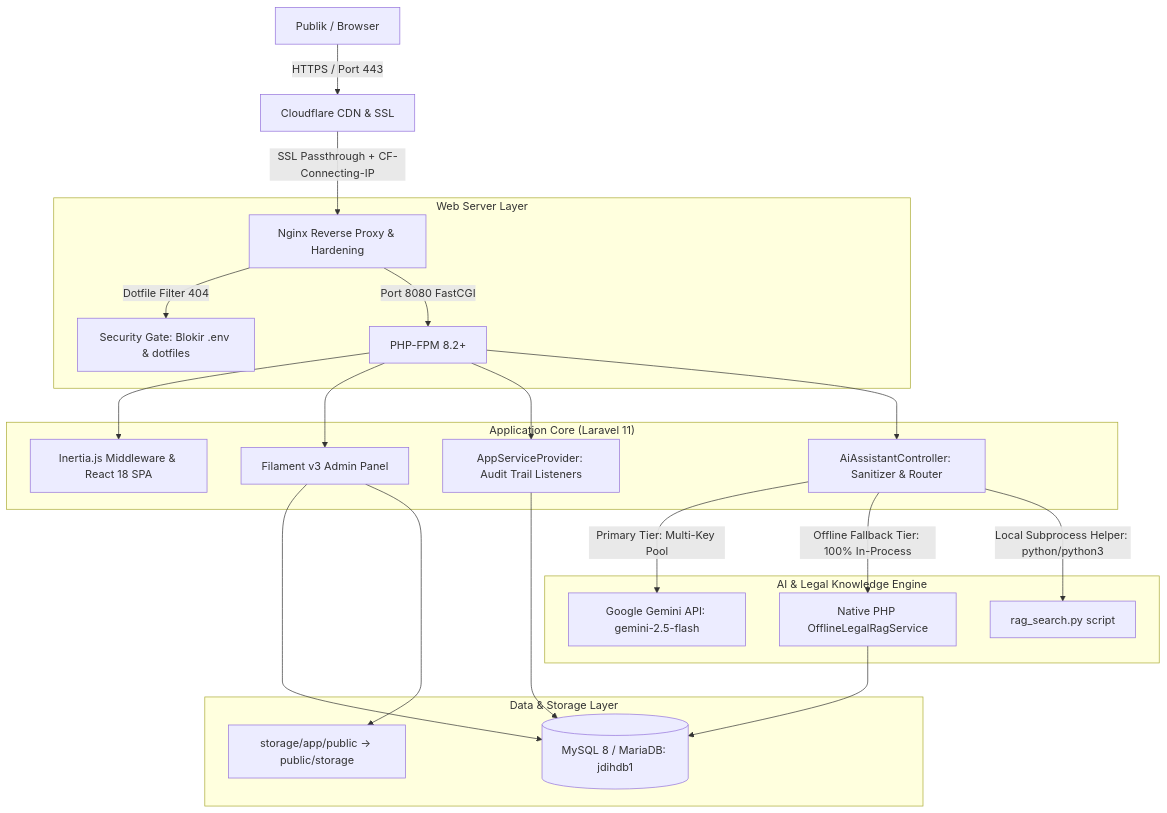
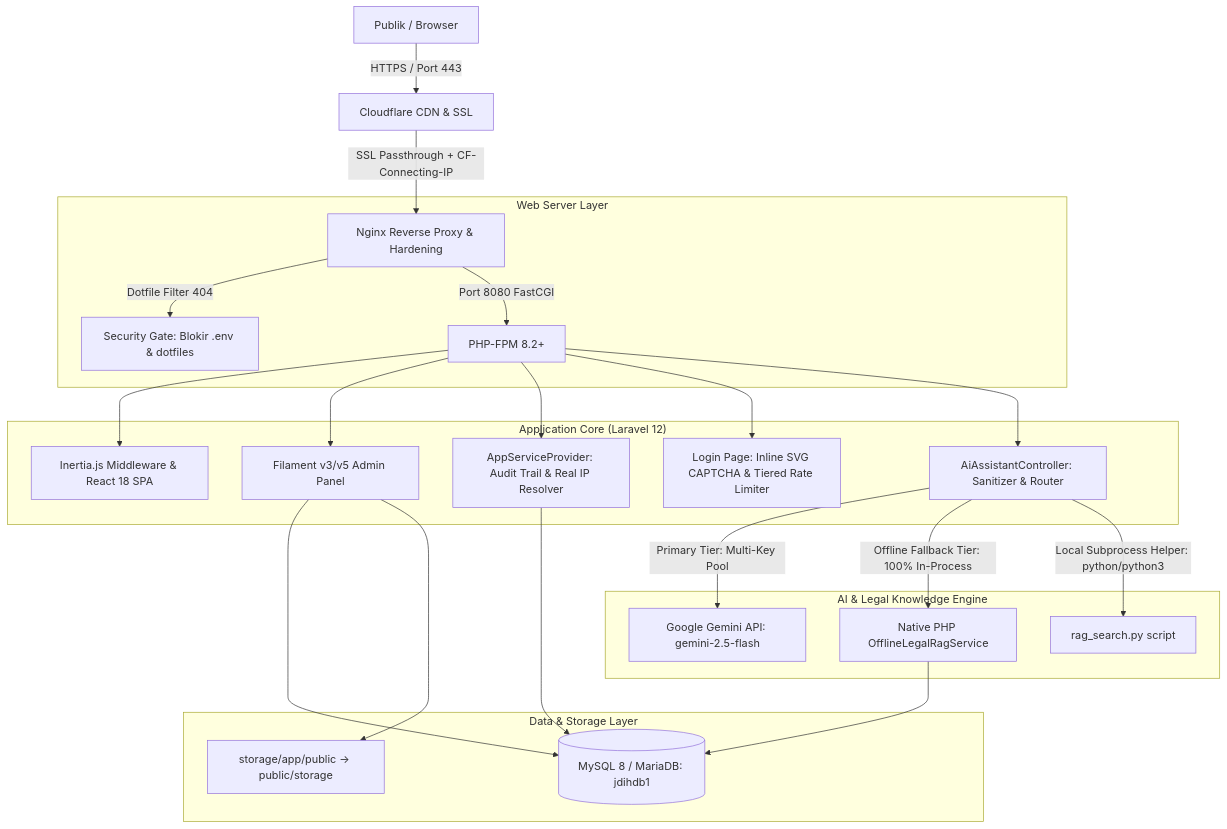
One commit to Noisesless/jdih changed the diagram in .docs/architecture.md. Above: the diagram before and after it, drawn with Mermaid. The commit also changed other lines of this file and 16 other files, not shown here.

First line of the commit message:
feat(auth): implement inline svg captcha, tiered rate limiting, real ip resolution and structured activity logs

````diff
--- a/.docs/architecture.md
+++ b/.docs/architecture.md
@@ -5,30 +5,31 @@
 ```mermaid
 graph TD
     Client[Publik / Browser] -->|HTTPS / Port 443| Cloudflare[Cloudflare CDN & SSL]
     Cloudflare -->|SSL Passthrough + CF-Connecting-IP| Nginx[Nginx Reverse Proxy & Hardening]
     
     subgraph "Web Server Layer"
         Nginx -->|Dotfile Filter 404| SecurityGate[Security Gate: Blokir .env & dotfiles]
         Nginx -->|Port 8080 FastCGI| PHP[PHP-FPM 8.2+]
     end
 
-    subgraph "Application Core (Laravel 11)"
+    subgraph "Application Core (Laravel 12)"
         PHP --> Inertia[Inertia.js Middleware & React 18 SPA]
-        PHP --> Filament[Filament v3 Admin Panel]
-        PHP --> AppService[AppServiceProvider: Audit Trail Listeners]
+        PHP --> Filament[Filament v3/v5 Admin Panel]
+        PHP --> AppService[AppServiceProvider: Audit Trail & Real IP Resolver]
+        PHP --> AuthSecurity[Login Page: Inline SVG CAPTCHA & Tiered Rate Limiter]
         PHP --> AiController[AiAssistantController: Sanitizer & Router]
     end
 
     subgraph "AI & Legal Knowledge Engine"
         AiController -->|Primary Tier: Multi-Key Pool| GeminiService[Google Gemini API: gemini-2.5-flash]
         AiController -->|Offline Fallback Tier: 100% In-Process| OfflineRAG[Native PHP OfflineLegalRagService]
         AiController -->|Local Subprocess Helper: python/python3| PythonRAG[rag_search.py script]
     end
 
     subgraph "Data & Storage Layer"
         AppService --> MySQL[(MySQL 8 / MariaDB: jdihdb1)]
         Filament --> MySQL
         Filament --> Storage[storage/app/public -> public/storage]
         OfflineRAG --> MySQL
     end
 ```
````
